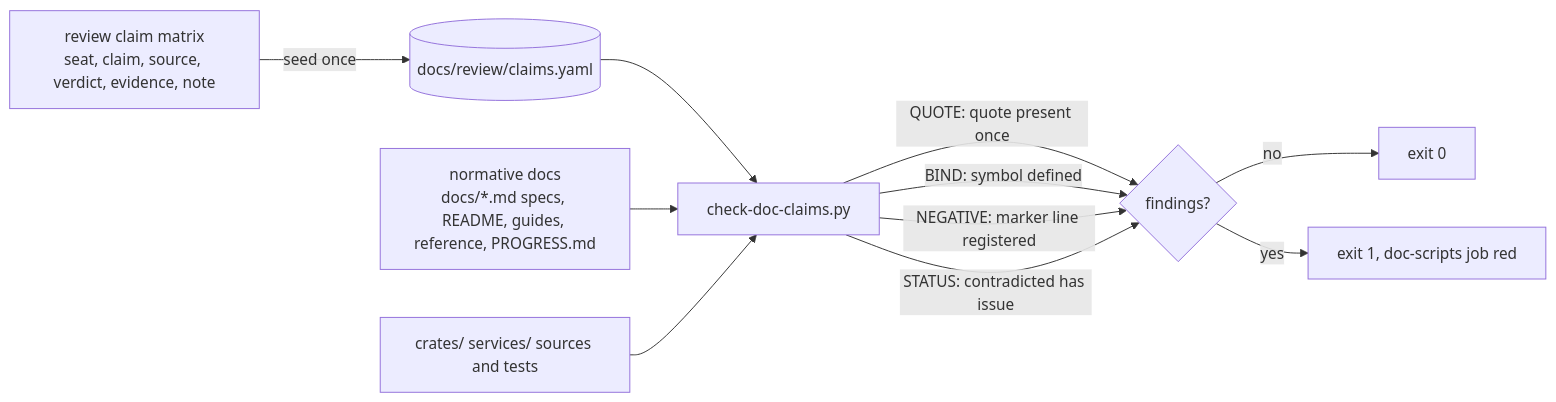
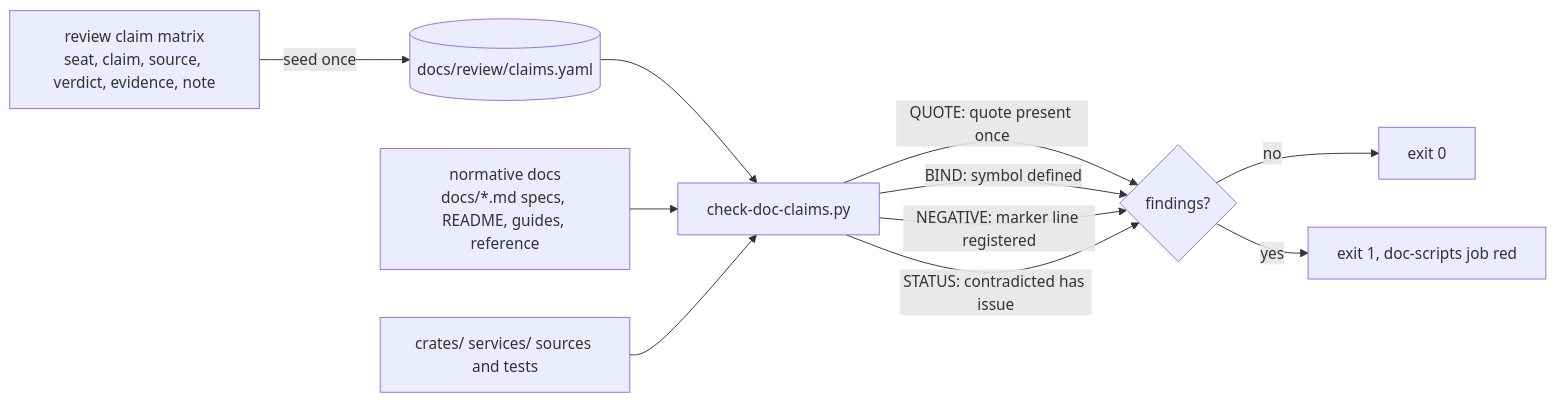
The diagram in docs/adrs/1658-documentation-claims-registry.md (NOFireAI/ravel), drawn with Mermaid before and after one commit.

Commit message:
docs(adr): drop PROGRESS.md from the ADR-1658 data-flow diagram
The PROGRESS.md removal amendment says decision 2 no longer scans that
file, but the diagram inside the Decision section still listed it as a
normative-docs input, so a reader of the diagram would conclude the claims
gate still reads it.

````diff
--- a/docs/adrs/1658-documentation-claims-registry.md
+++ b/docs/adrs/1658-documentation-claims-registry.md
@@ -122,13 +122,13 @@
 ```mermaid
 flowchart LR
     M[review claim matrix<br/>seat, claim, source, verdict, evidence, note] -->|seed once| REG[(docs/review/claims.yaml)]
     REG --> G[check-doc-claims.py]
-    D[normative docs<br/>docs/*.md specs, README, guides, reference, PROGRESS.md] --> G
+    D[normative docs<br/>docs/*.md specs, README, guides, reference] --> G
     SRC[crates/ services/ sources and tests] --> G
     G -->|QUOTE: quote present once| F{findings?}
     G -->|BIND: symbol defined| F
     G -->|NEGATIVE: marker line registered| F
     G -->|STATUS: contradicted has issue| F
     F -->|no| OK[exit 0]
     F -->|yes| FAIL[exit 1, doc-scripts job red]
 ```
````
